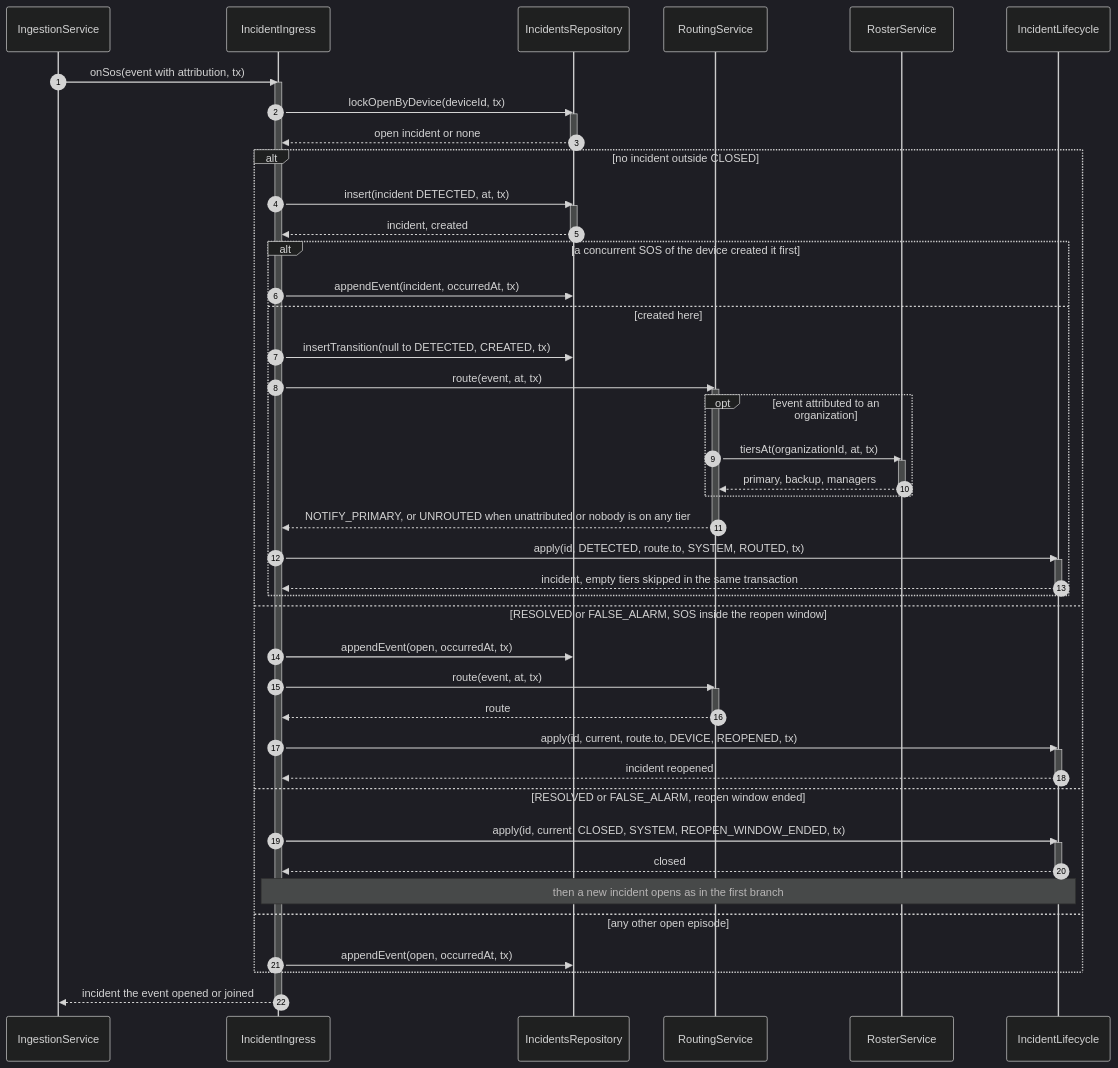
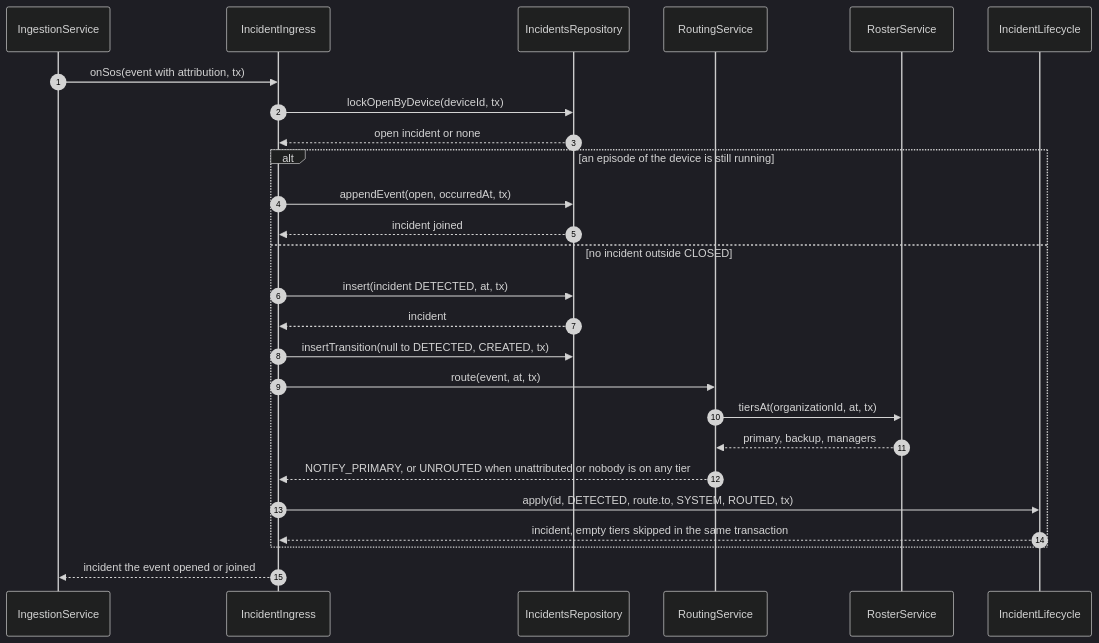
Before and after one commit to TrekLink-Team/treklink-web: the fifth of 10 diagrams in specs/incidents/design.md, drawn with Mermaid (dark theme). The commit also changed other lines of this file and 8 other files, not shown here.

First line of the commit message:
docs: keep one alt and no activation lines in the incidents sequences

````diff
--- a/specs/incidents/design.md
+++ b/specs/incidents/design.md
@@ -379,61 +379,28 @@
 ```mermaid
 sequenceDiagram
     autonumber
     participant G as IngestionService
     participant In as IncidentIngress
     participant R as IncidentsRepository
     participant Ro as RoutingService
     participant Os as RosterService
     participant L as IncidentLifecycle
     G->>In: onSos(event with attribution, tx)
-    activate In
     In->>R: lockOpenByDevice(deviceId, tx)
-    activate R
     R-->>In: open incident or none
-    deactivate R
-    alt no incident outside CLOSED
+    alt an episode of the device is still running
+        In->>R: appendEvent(open, occurredAt, tx)
+        R-->>In: incident joined
+    else no incident outside CLOSED
         In->>R: insert(incident DETECTED, at, tx)
-        activate R
-        R-->>In: incident, created
-        deactivate R
-        alt a concurrent SOS of the device created it first
-            In->>R: appendEvent(incident, occurredAt, tx)
-        else created here
-            In->>R: insertTransition(null to DETECTED, CREATED, tx)
-            In->>Ro: route(event, at, tx)
-            activate Ro
-            opt event attributed to an organization
-                Ro->>Os: tiersAt(organizationId, at, tx)
-                activate Os
-                Os-->>Ro: primary, backup, managers
-                deactivate Os
-            end
-            Ro-->>In: NOTIFY_PRIMARY, or UNROUTED when unattributed or nobody is on any tier
-            deactivate Ro
-            In->>L: apply(id, DETECTED, route.to, SYSTEM, ROUTED, tx)
-            activate L
-            L-->>In: incident, empty tiers skipped in the same transaction
-            deactivate L
-        end
-    else RESOLVED or FALSE_ALARM, SOS inside the reopen window
-        In->>R: appendEvent(open, occurredAt, tx)
+        R-->>In: incident
+        In->>R: insertTransition(null to DETECTED, CREATED, tx)
         In->>Ro: route(event, at, tx)
-        activate Ro
-        Ro-->>In: route
-        deactivate Ro
-        In->>L: apply(id, current, route.to, DEVICE, REOPENED, tx)
-        activate L
-        L-->>In: incident reopened
-        deactivate L
-    else RESOLVED or FALSE_ALARM, reopen window ended
-        In->>L: apply(id, current, CLOSED, SYSTEM, REOPEN_WINDOW_ENDED, tx)
-        activate L
-        L-->>In: closed
-        deactivate L
-        Note over In,L: then a new incident opens as in the first branch
-    else any other open episode
-        In->>R: appendEvent(open, occurredAt, tx)
+        Ro->>Os: tiersAt(organizationId, at, tx)
+        Os-->>Ro: primary, backup, managers
+        Ro-->>In: NOTIFY_PRIMARY, or UNROUTED when unattributed or nobody is on any tier
+        In->>L: apply(id, DETECTED, route.to, SYSTEM, ROUTED, tx)
+        L-->>In: incident, empty tiers skipped in the same transaction
     end
     In-->>G: incident the event opened or joined
-    deactivate In
 ```
````
